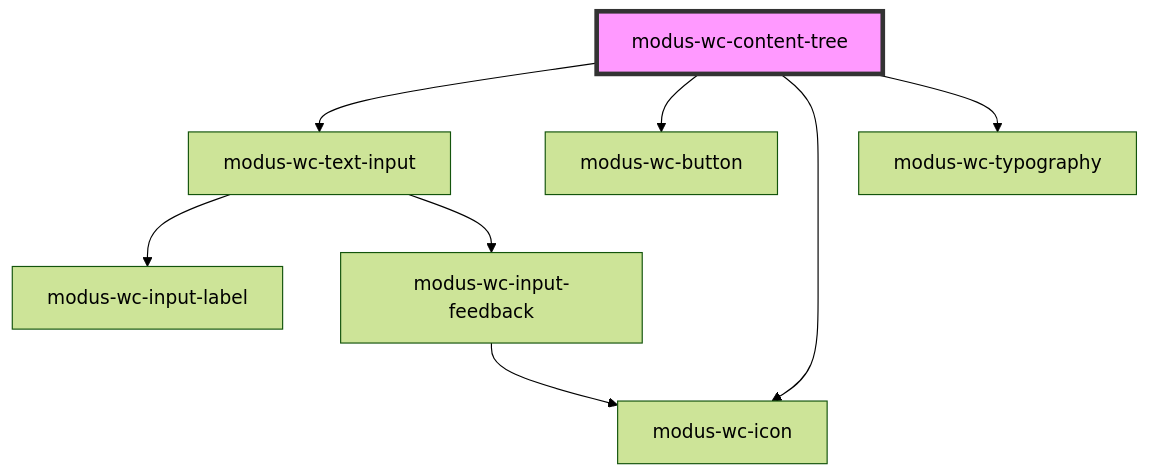
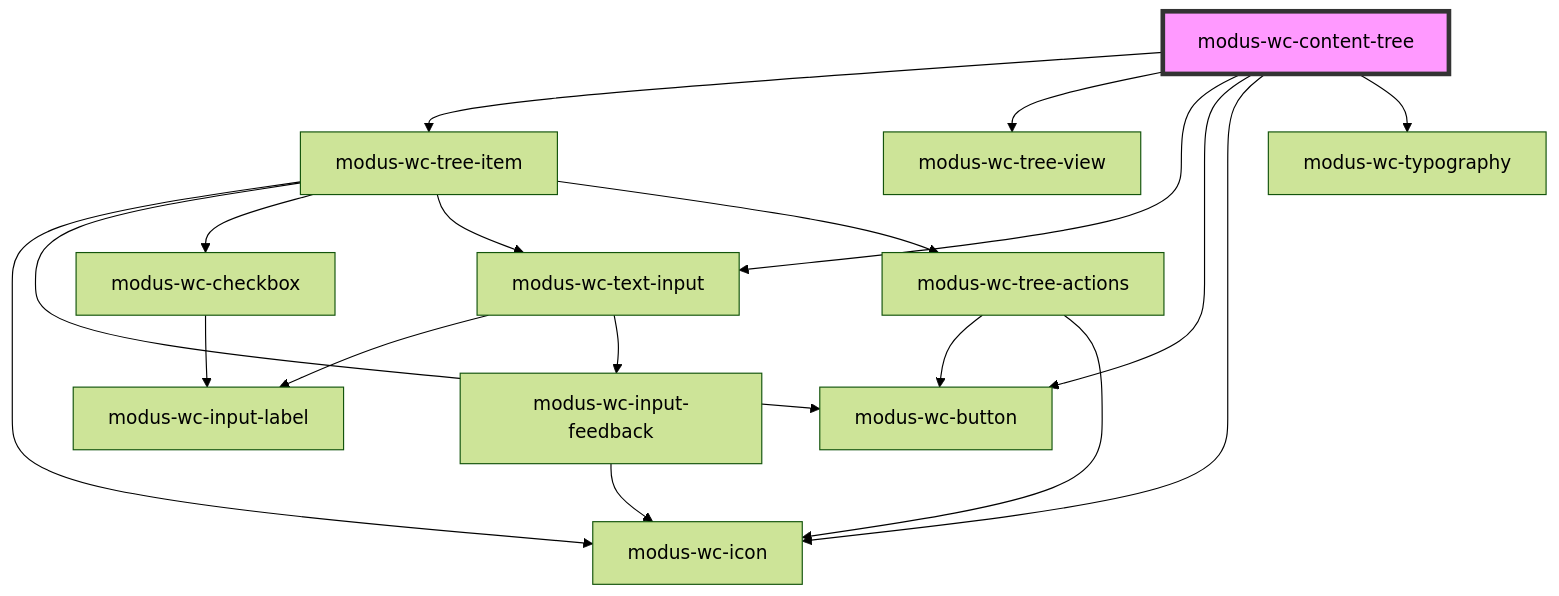
The diagram in src/components/modus-wc-content-tree/readme.md (trimble-oss/modus-wc-2.0), drawn with Mermaid (forest theme) before and after one commit. The commit also changed other lines of this file and 11 other files, not shown here.

````diff
--- a/src/components/modus-wc-content-tree/readme.md
+++ b/src/components/modus-wc-content-tree/readme.md
@@ -32,11 +43,21 @@
 ```mermaid
 graph TD;
+  modus-wc-content-tree --> modus-wc-tree-item
+  modus-wc-content-tree --> modus-wc-tree-view
   modus-wc-content-tree --> modus-wc-text-input
   modus-wc-content-tree --> modus-wc-button
   modus-wc-content-tree --> modus-wc-icon
   modus-wc-content-tree --> modus-wc-typography
+  modus-wc-tree-item --> modus-wc-icon
+  modus-wc-tree-item --> modus-wc-button
+  modus-wc-tree-item --> modus-wc-checkbox
+  modus-wc-tree-item --> modus-wc-text-input
+  modus-wc-tree-item --> modus-wc-tree-actions
+  modus-wc-checkbox --> modus-wc-input-label
   modus-wc-text-input --> modus-wc-input-label
   modus-wc-text-input --> modus-wc-input-feedback
   modus-wc-input-feedback --> modus-wc-icon
+  modus-wc-tree-actions --> modus-wc-button
+  modus-wc-tree-actions --> modus-wc-icon
   style modus-wc-content-tree fill:#f9f,stroke:#333,stroke-width:4px
 ```
````
